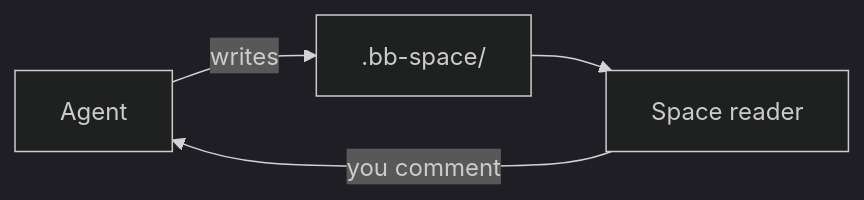
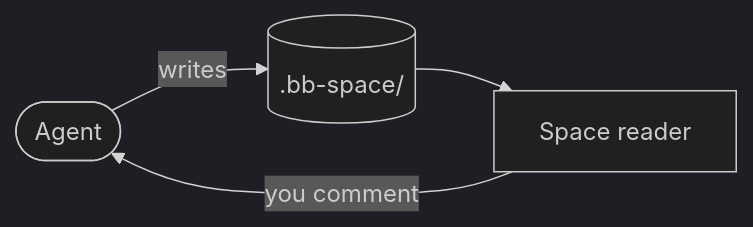
One commit to idrevnii/bb-plugin-project-space changed the diagram in .bb-space/architecture/file-formats.md. Above: the diagram before and after it, drawn with Mermaid (dark theme). The commit also changed other lines of this file and 36 other files, not shown here.

````diff
--- a/.bb-space/architecture/file-formats.md
+++ b/.bb-space/architecture/file-formats.md
@@ -51,6 +67,6 @@
 ```mermaid
 flowchart LR
-  agent[Agent] -->|writes| space[.bb-space/]
+  agent([Agent]) -->|writes| space[(.bb-space/)]
   space --> reader[Space reader]
   reader -->|you comment| agent
 ```
````
